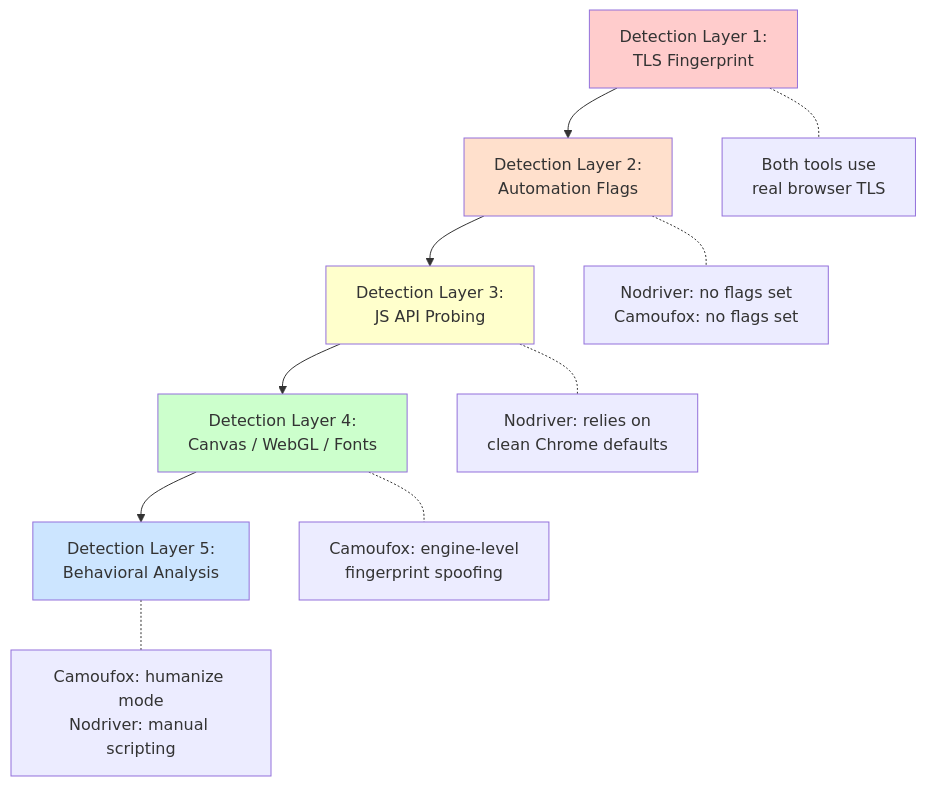
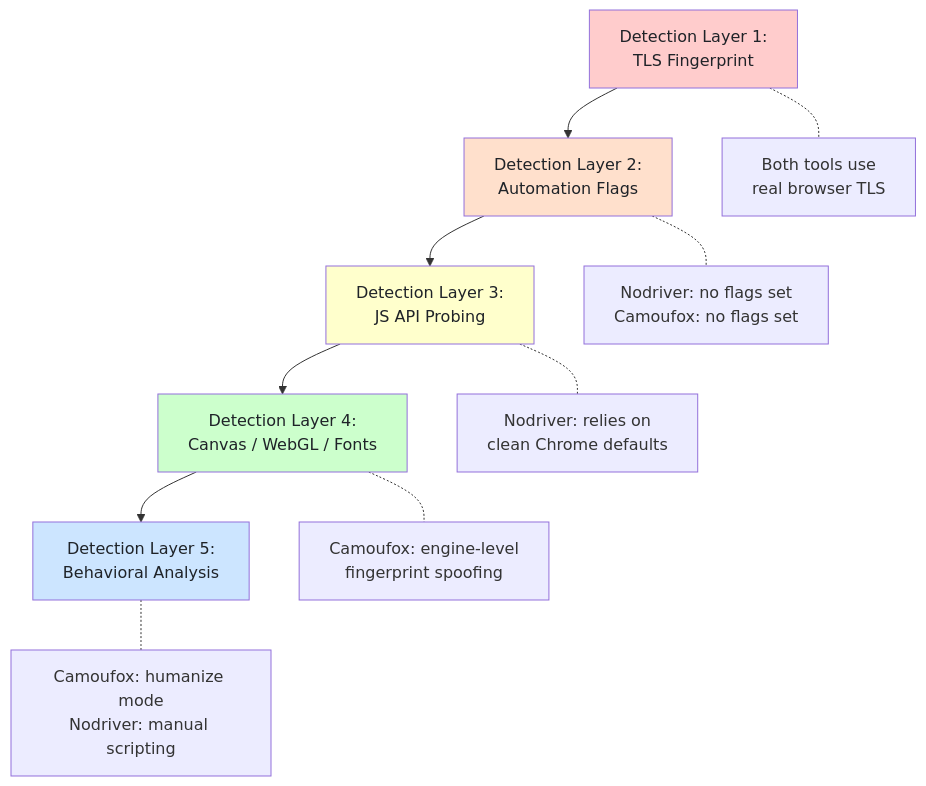
The third of 4 diagrams in _posts/2026-02-23-camoufox-vs-nodriver-which-anti-detection-browser-wins.md (bytetunnels/bytetunnels.github.com), drawn with Mermaid before and after one commit. The commit also changed other lines of this file and 118 other files, not shown here.

Commit message:
feat: improve diagram styling and compact wide flowcharts

````diff
--- a/_posts/2026-02-23-camoufox-vs-nodriver-which-anti-detection-browser-wins.md
+++ b/_posts/2026-02-23-camoufox-vs-nodriver-which-anti-detection-browser-wins.md
@@ -55,19 +57,19 @@
 ```mermaid
 graph TD
     A["Detection Layer 1:<br>TLS Fingerprint"] --> B["Detection Layer 2:<br>Automation Flags"]
     B --> C["Detection Layer 3:<br>JS API Probing"]
     C --> D["Detection Layer 4:<br>Canvas / WebGL / Fonts"]
     D --> E["Detection Layer 5:<br>Behavioral Analysis"]
 
     A -.- F["Both tools use<br>real browser TLS"]
     B -.- G["Nodriver: no flags set<br>Camoufox: no flags set"]
     C -.- H["Nodriver: relies on<br>clean Chrome defaults"]
     D -.- I["Camoufox: engine-level<br>fingerprint spoofing"]
     E -.- J["Camoufox: humanize mode<br>Nodriver: manual scripting"]
 
-    style A fill:#ffcccc
-    style B fill:#ffe0cc
-    style C fill:#ffffcc
-    style D fill:#ccffcc
-    style E fill:#cce5ff
+    style A fill:#ffcccc,color:#1f2328
+    style B fill:#ffe0cc,color:#1f2328
+    style C fill:#ffffcc,color:#1f2328
+    style D fill:#ccffcc,color:#1f2328
+    style E fill:#cce5ff,color:#1f2328
 ```
````
